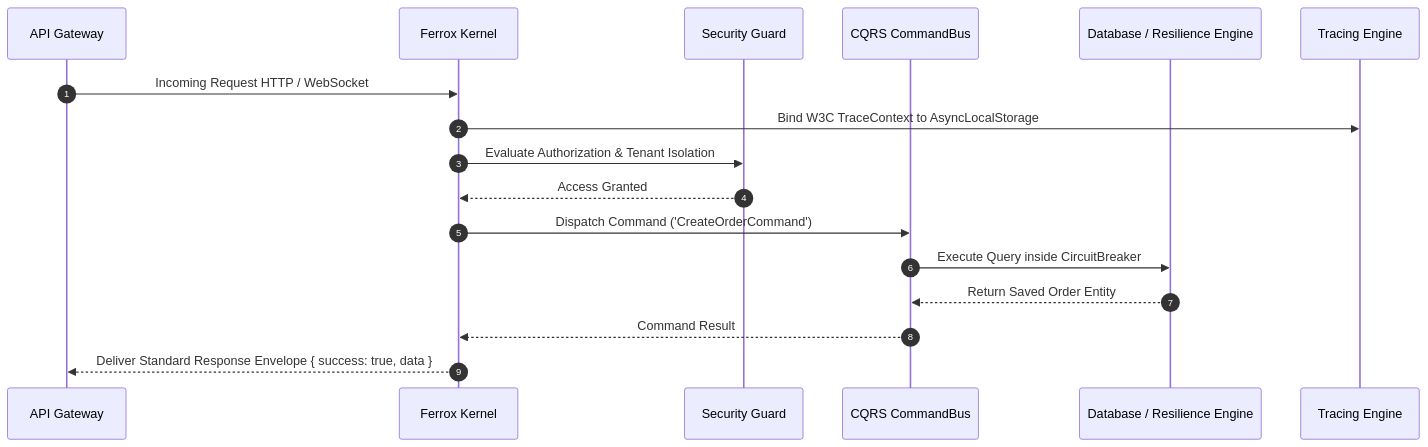
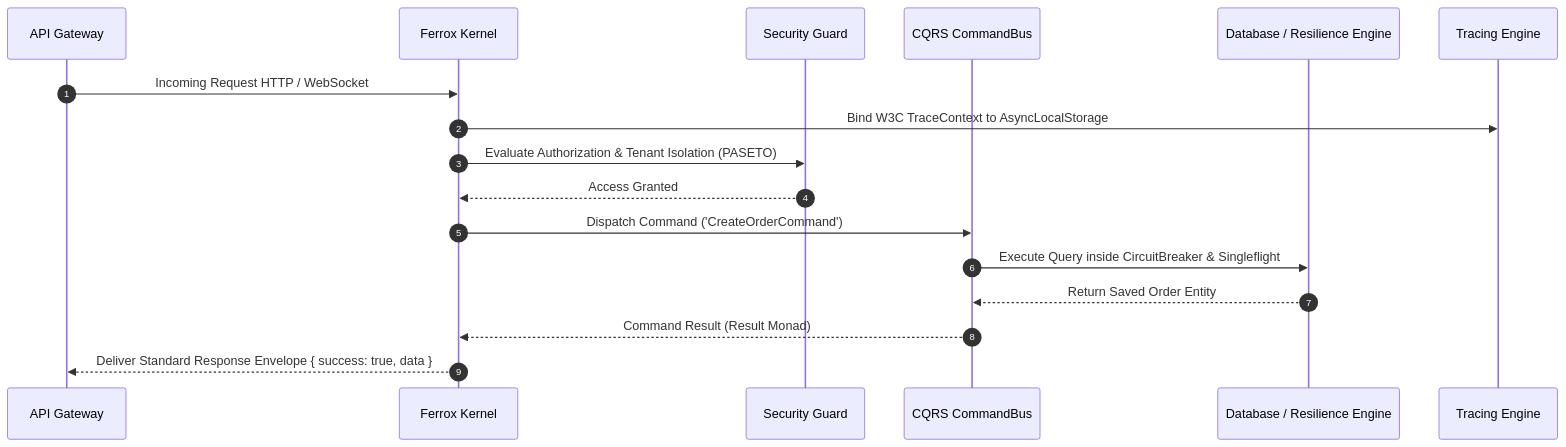
The diagram in docs/docs/intro.md (AI-Autistic-Intelligence/ferrox-node), drawn with Mermaid before and after one commit. The commit also changed other lines of this file and 14 other files, not shown here.

````diff
--- a/docs/docs/intro.md
+++ b/docs/docs/intro.md
@@ -72,20 +79,20 @@
 ```mermaid
 sequenceDiagram
     autonumber
     participant Gateway as API Gateway
     participant Kernel as Ferrox Kernel
     participant Guard as Security Guard
     participant Bus as CQRS CommandBus
     participant DB as Database / Resilience Engine
     participant Trace as Tracing Engine
 
     Gateway->>Kernel: Incoming Request HTTP / WebSocket
     Kernel->>Trace: Bind W3C TraceContext to AsyncLocalStorage
-    Kernel->>Guard: Evaluate Authorization & Tenant Isolation
+    Kernel->>Guard: Evaluate Authorization & Tenant Isolation (PASETO)
     Guard-->>Kernel: Access Granted
     Kernel->>Bus: Dispatch Command ('CreateOrderCommand')
-    Bus->>DB: Execute Query inside CircuitBreaker
+    Bus->>DB: Execute Query inside CircuitBreaker & Singleflight
     DB-->>Bus: Return Saved Order Entity
-    Bus-->>Kernel: Command Result
+    Bus-->>Kernel: Command Result (Result Monad)
     Kernel-->>Gateway: Deliver Standard Response Envelope { success: true, data }
 ```
````
